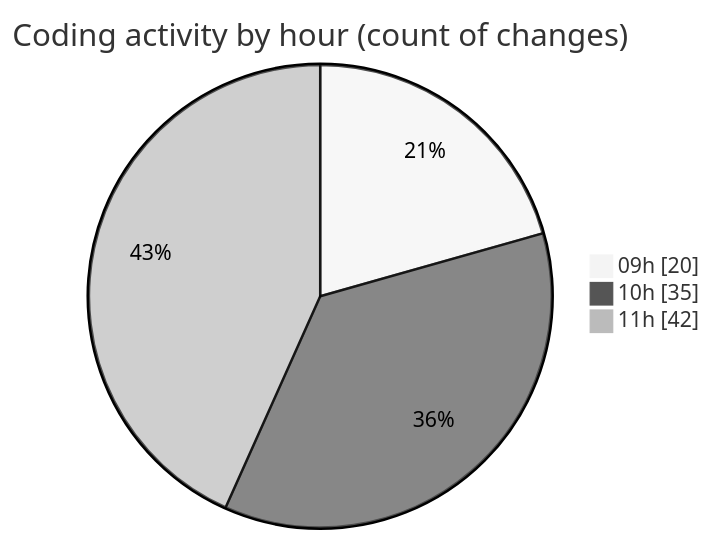
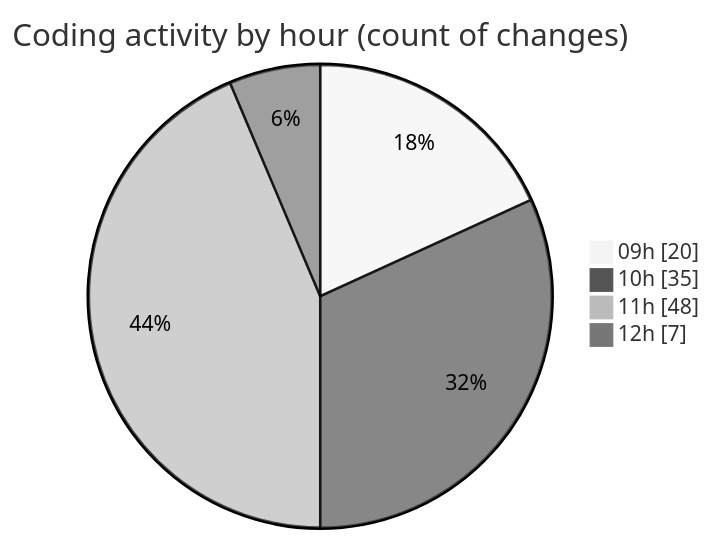
The second of 2 diagrams in 2025-06-10/ecodeli-1/README.md (CELIANVF/code-tracking), drawn with Mermaid (neutral theme) before and after one commit. The commit also changed other lines of this file and 1 other file, not shown here.

````diff
--- a/2025-06-10/ecodeli-1/README.md
+++ b/2025-06-10/ecodeli-1/README.md
@@ -66,7 +72,8 @@
 ```mermaid
 pie showData
 title Coding activity by hour (count of changes)
 "09h" : 20
 "10h" : 35
-"11h" : 42
+"11h" : 48
+"12h" : 7
 ```
````
